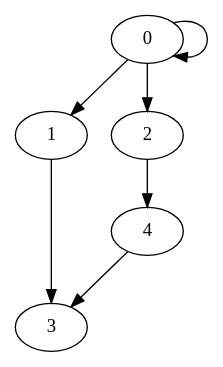
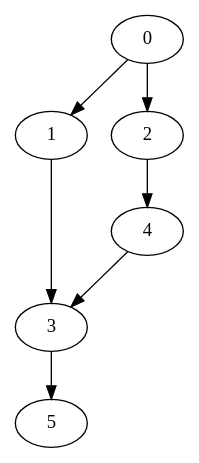
The diagram in src/systemtest/resources/mapFiles/validScenario1_map.dot (sleeepyskies/saarvive-selab23), drawn with Graphviz before and after one commit. The commit also changed 2 other files, not shown here.

```diff
--- a/src/systemtest/resources/mapFiles/validScenario1_map.dot
+++ b/src/systemtest/resources/mapFiles/validScenario1_map.dot
@@ -1,15 +1,16 @@
 digraph G {
 	0;
 	1;
 	2;
 	3;
 	4;
+	5;
 
 	0 -> 1 [village=Munich; name=Riverside_Street; heightLimit=3; weight=10; primaryType=mainStreet; secondaryType=none;];
 	0 -> 2 [village=Munich; name=Village_Square; heightLimit=2; weight=14; primaryType=sideStreet; secondaryType=none;];
-	0 -> 0 [village=Munich; name=Mill_Lane; heightLimit=3; weight=10; primaryType=sideStreet; secondaryType=none;];
+	3 -> 5 [village=Munich; name=Mill_Lane; heightLimit=3; weight=10; primaryType=sideStreet; secondaryType=none;];
 	1 -> 3 [village=Munich; name=Main_Street; heightLimit=3; weight=7; primaryType=mainStreet; secondaryType=none;];
 	2 -> 4 [village=Munich; name=Market_Street; heightLimit=3; weight=5; primaryType=mainStreet; secondaryType=none;];
 	4 -> 3 [village=Munich; name=By_the_Pond; heightLimit=3; weight=1; primaryType=mainStreet; secondaryType=none;];
 
 }
```
